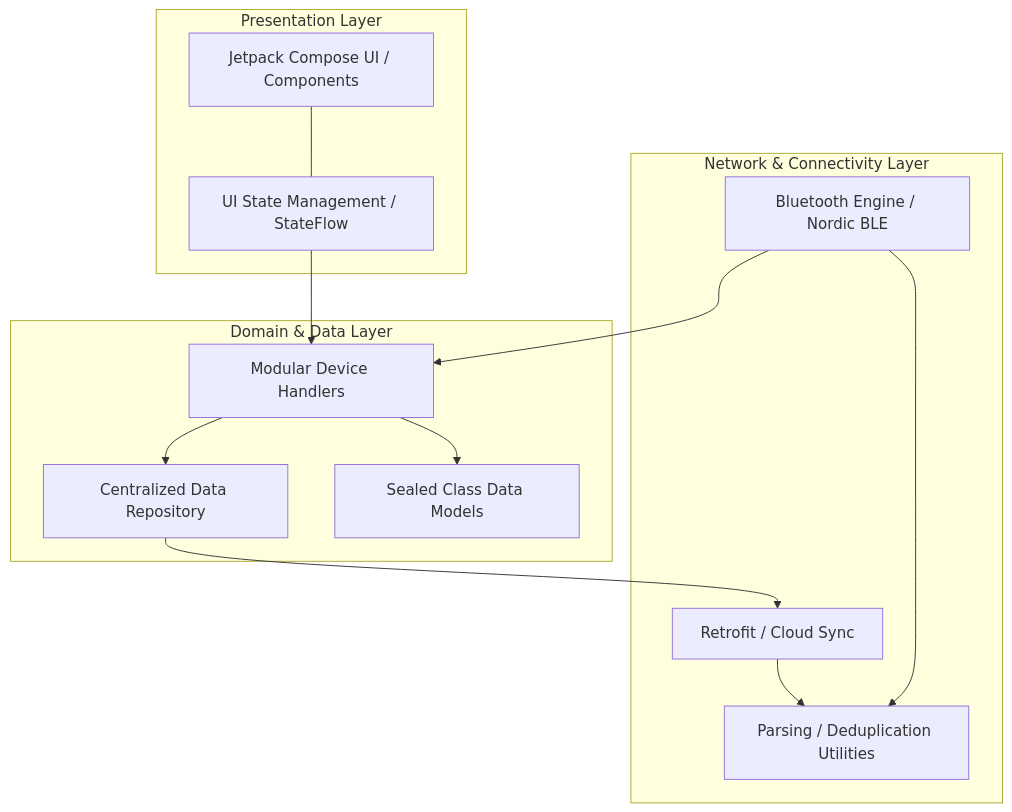
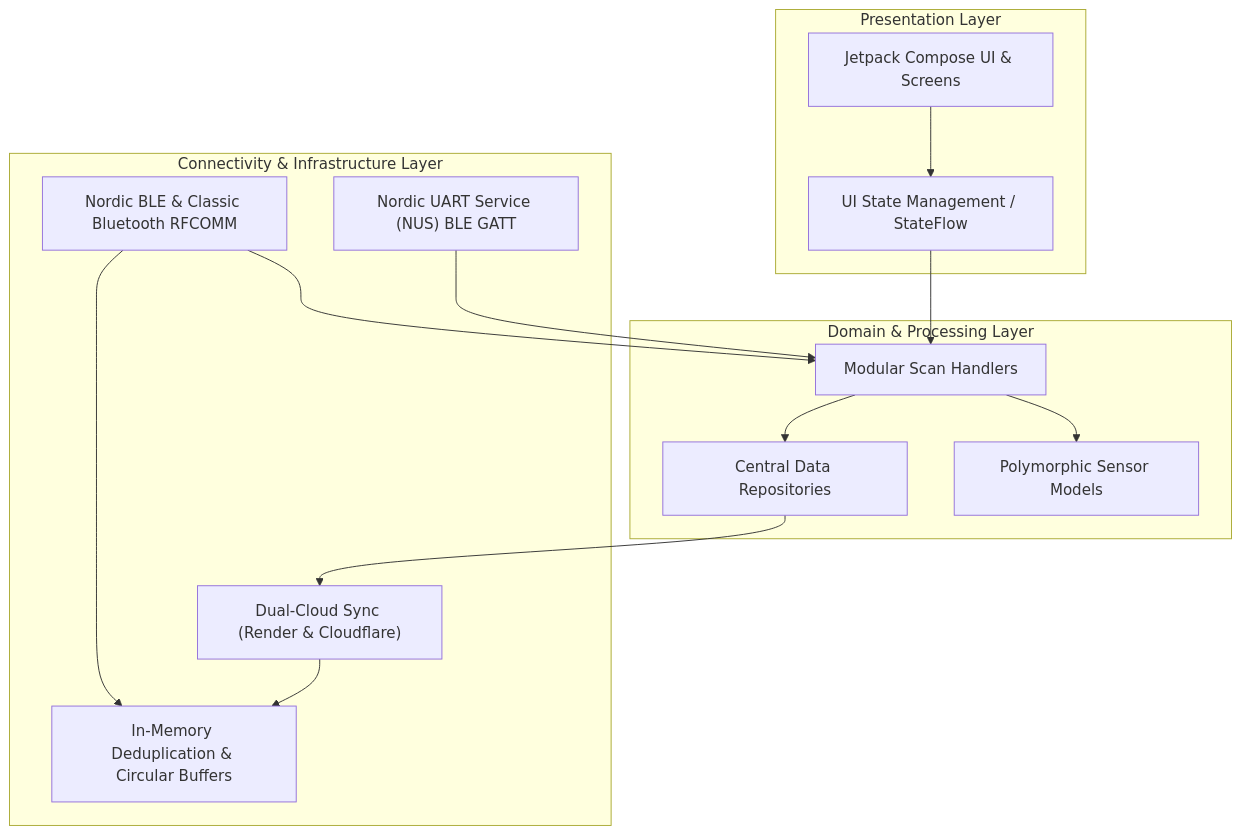
The first of 2 diagrams in APP_ARCHITECTURE_AND_LOGIC.md (sksuman14/BLE_Sense_App), drawn with Mermaid before and after one commit. The commit also changed other lines of this file and 1 other file, not shown here.

Commit message:
Update architecture documentation for v2.0 features and fix Mermaid diagram syntax

````diff
--- a/APP_ARCHITECTURE_AND_LOGIC.md
+++ b/APP_ARCHITECTURE_AND_LOGIC.md
@@ -66,29 +80,31 @@
 ```mermaid
 graph TD
-    subgraph UI_Layer [Presentation Layer]
-        View[Jetpack Compose UI / Components]
-        ViewModel[UI State Management / StateFlow]
+    subgraph UI_Layer ["Presentation Layer"]
+        View["Jetpack Compose UI & Screens"]
+        ViewModel["UI State Management / StateFlow"]
     end
 
-    subgraph Domain_Layer [Domain & Data Layer]
-        Repository[Centralized Data Repository]
-        Model[Sealed Class Data Models]
-        Handlers[Modular Device Handlers]
+    subgraph Domain_Layer ["Domain & Processing Layer"]
+        Repository["Central Data Repositories"]
+        Model["Polymorphic Sensor Models"]
+        Handlers["Modular Scan Handlers"]
     end
 
-    subgraph Infra_Layer [Network & Connectivity Layer]
-        API[Retrofit / Cloud Sync]
-        BLE[Bluetooth Engine / Nordic BLE]
-        Util[Parsing / Deduplication Utilities]
+    subgraph Infra_Layer ["Connectivity & Infrastructure Layer"]
+        BLE["Nordic BLE & Classic Bluetooth RFCOMM"]
+        GATT["Nordic UART Service (NUS) BLE GATT"]
+        API["Dual-Cloud Sync (Render & Cloudflare)"]
+        Util["In-Memory Deduplication & Circular Buffers"]
     end
 
-    %% Dependency Flow
-    View --- ViewModel
+    %% Dependency & Data Flow
+    View --> ViewModel
     ViewModel --> Handlers
     Handlers --> Model
     Handlers --> Repository
     Repository --> API
     BLE --> Handlers
+    GATT --> Handlers
     API --> Util
     BLE --> Util
 ```
````
